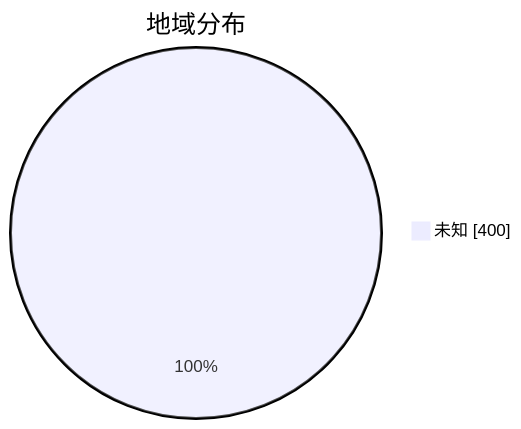
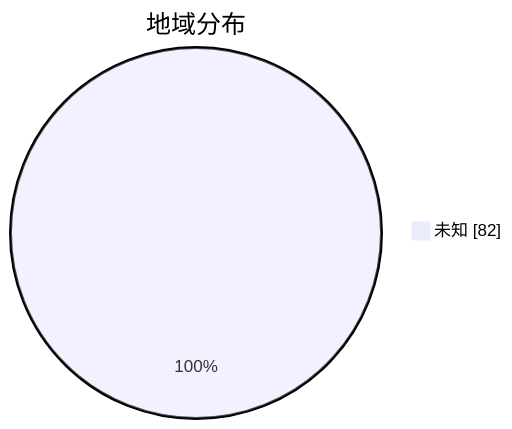
The second of 3 diagrams in subs/statistics/tested_within.md (qjlxg/airport), drawn with Mermaid before and after one commit. The commit also changed other lines of this file and 2 other files, not shown here.

````diff
--- a/subs/statistics/tested_within.md
+++ b/subs/statistics/tested_within.md
@@ -15,5 +11,5 @@
 ```mermaid
 pie showData
 title 地域分布
-"未知" : 400
+"未知" : 82
 ```
````
